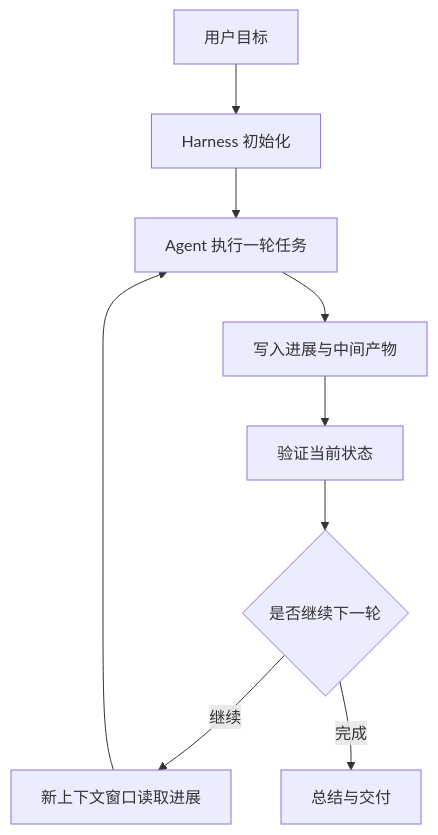
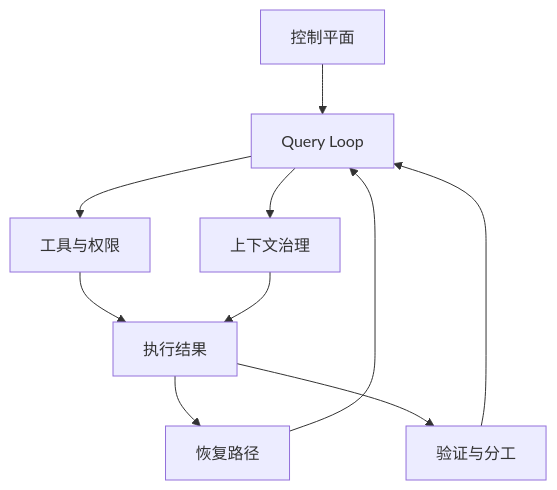
One commit to xiaoqianbaobao/ai-guide changed the first of 6 diagrams in docs/05-tools-frameworks/harness-design.md. Above: the diagram before and after it, drawn with Mermaid. The commit also changed other lines of this file and 2 other files, not shown here.

````diff
--- a/docs/05-tools-frameworks/harness-design.md
+++ b/docs/05-tools-frameworks/harness-design.md
@@ -63,11 +70,12 @@
 ```mermaid
 flowchart TD
-    A[用户目标] --> B[Harness 初始化]
-    B --> C[Agent 执行一轮任务]
-    C --> D[写入进展与中间产物]
-    D --> E[验证当前状态]
-    E --> F{是否继续下一轮}
-    F -->|继续| G[新上下文窗口读取进展]
-    G --> C
-    F -->|完成| H[总结与交付]
+    A[控制平面] --> B[Query Loop]
+    B --> C[工具与权限]
+    B --> D[上下文治理]
+    C --> E[执行结果]
+    D --> E
+    E --> F[恢复路径]
+    E --> G[验证与分工]
+    F --> B
+    G --> B
 ```
````
